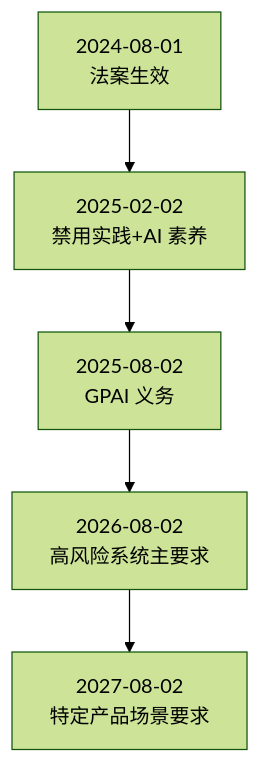
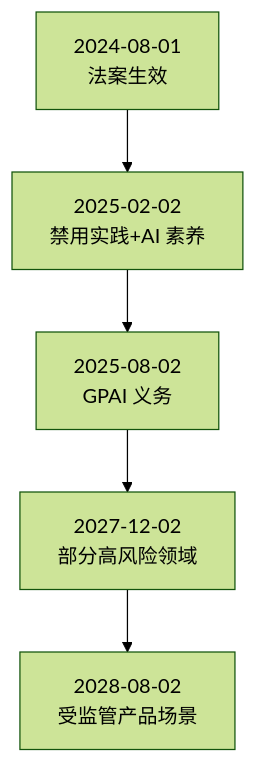
Before and after one commit to yeasy/ai_security_guide: the diagram in 11_governance/11.1_regulations.md, drawn with Mermaid (forest theme). The commit also changed other lines of this file and 9 other files, not shown here.

````diff
--- a/11_governance/11.1_regulations.md
+++ b/11_governance/11.1_regulations.md
@@ -39,7 +39,7 @@
 ```mermaid
 flowchart TB
     A["2024-08-01<br/>法案生效"] --> B["2025-02-02<br/>禁用实践+AI 素养"]
     B --> C["2025-08-02<br/>GPAI 义务"]
-    C --> D["2026-08-02<br/>高风险系统主要求"]
-    D --> E["2027-08-02<br/>特定产品场景要求"]
+    C --> D["2027-12-02<br/>部分高风险领域"]
+    D --> E["2028-08-02<br/>受监管产品场景"]
 ```
````
